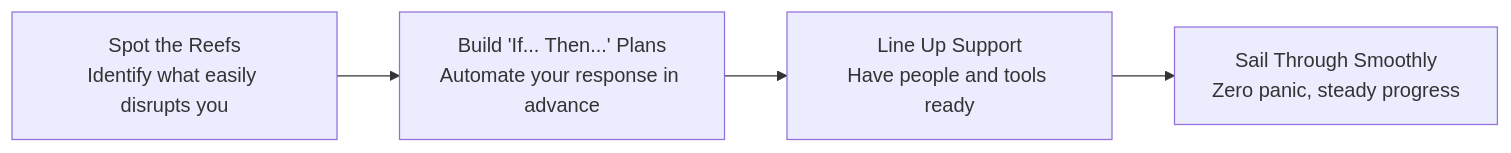
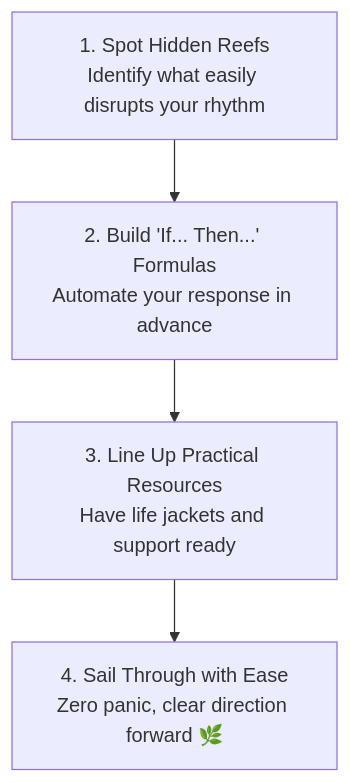
The second of 2 diagrams in _posts/2026-11-20-commitment-to-change-navigating-barriers-part-1-en.md (coachsunny/blog), drawn with Mermaid before and after one commit. The commit also changed other lines of this file and 4 other files, not shown here.

Commit message:
fix(post): refine coaching dialogue tone and optimize responsive mermaid flowcharts

````diff
--- a/_posts/2026-11-20-commitment-to-change-navigating-barriers-part-1-en.md
+++ b/_posts/2026-11-20-commitment-to-change-navigating-barriers-part-1-en.md
@@ -106,6 +106,6 @@
 ```mermaid
-flowchart LR
-    A["Spot the Reefs<br>Identify what easily disrupts you"] --> B["Build 'If... Then...' Plans<br>Automate your response in advance"]
-    B --> C["Line Up Support<br>Have people and tools ready"]
-    C --> D["Sail Through Smoothly<br>Zero panic, steady progress"]
+flowchart TD
+    A["1. Spot Hidden Reefs<br>Identify what easily disrupts your rhythm"] --> B["2. Build 'If... Then...' Formulas<br>Automate your response in advance"]
+    B --> C["3. Line Up Practical Resources<br>Have life jackets and support ready"]
+    C --> D["4. Sail Through with Ease<br>Zero panic, clear direction forward 🌿"]
 ```
````
